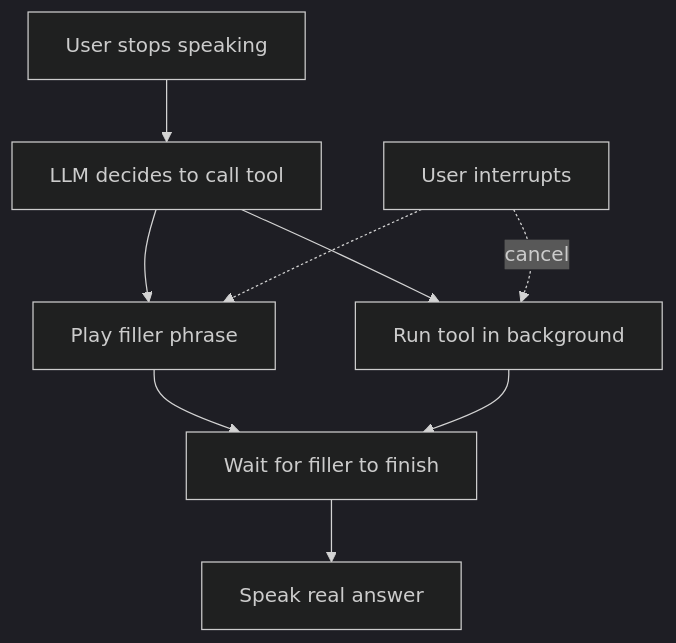
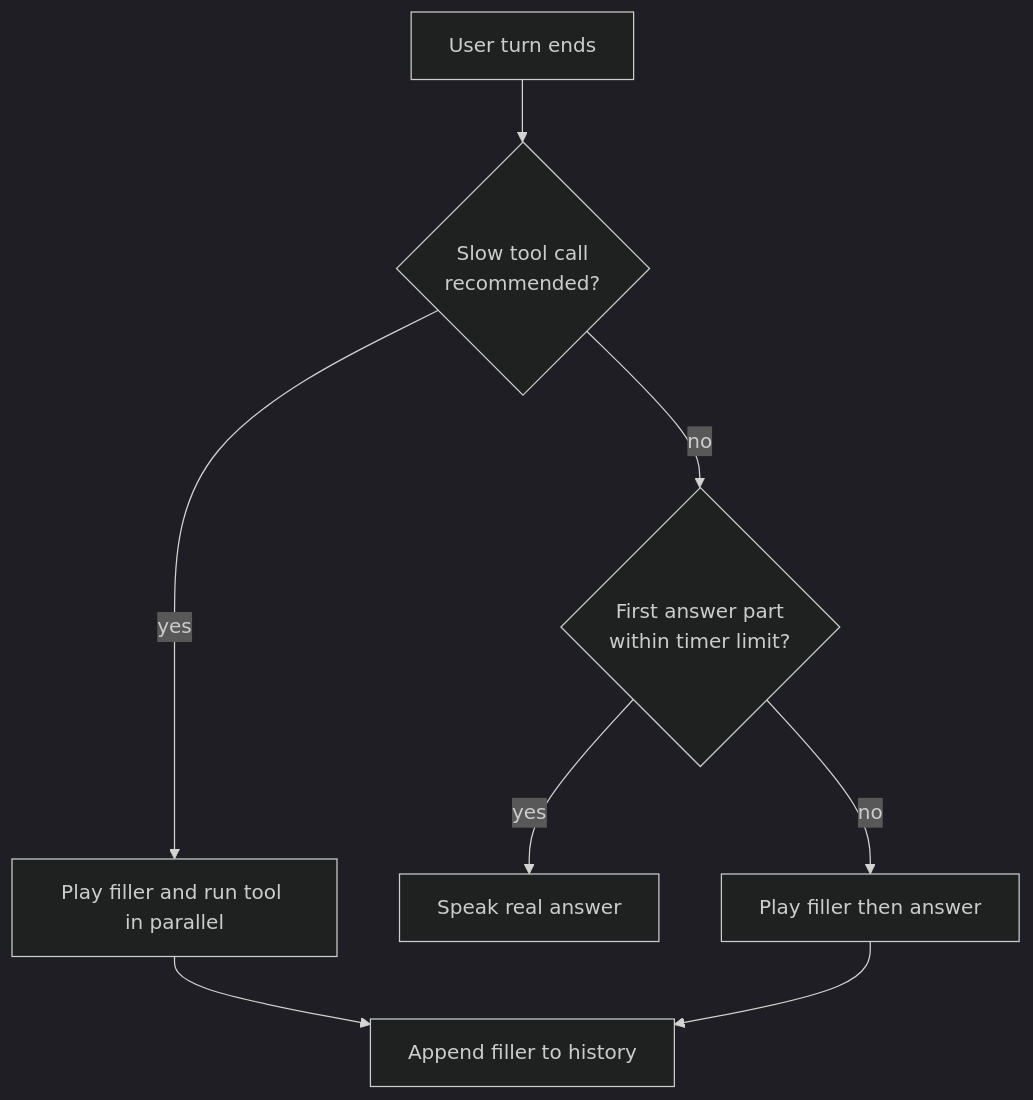
The second of 2 diagrams in notes/step-16-ai-infrastructure-deployment-and-system-design/214-filler-phrases-in-voice-agents.md (kaisarnajar/outcome-school-blogs), drawn with Mermaid (dark theme) before and after one commit. The commit also changed other lines of this file and 233 other files, not shown here.

````diff
--- a/notes/step-16-ai-infrastructure-deployment-and-system-design/214-filler-phrases-in-voice-agents.md
+++ b/notes/step-16-ai-infrastructure-deployment-and-system-design/214-filler-phrases-in-voice-agents.md
@@ -41,11 +71,10 @@
 ```mermaid
 flowchart TD
-    A["User stops speaking"] --> B["LLM decides to call tool"]
-    B --> C["Play filler phrase"]
-    B --> D["Run tool in background"]
-    C --> E["Wait for filler to finish"]
-    D --> E
-    E --> F["Speak real answer"]
-    G["User interrupts"] -.-> C
-    G -.->|"cancel"| D
+  Q1["User turn ends"] --> D1{"Slow tool call<br/>recommended?"}
+  D1 -->|"yes"| F1["Play filler and run tool in parallel"]
+  D1 -->|"no"| D2{"First answer part<br/>within timer limit?"}
+  D2 -->|"yes"| R1["Speak real answer"]
+  D2 -->|"no"| F2["Play filler then answer"]
+  F1 --> H1["Append filler to history"]
+  F2 --> H1
 ```
````
